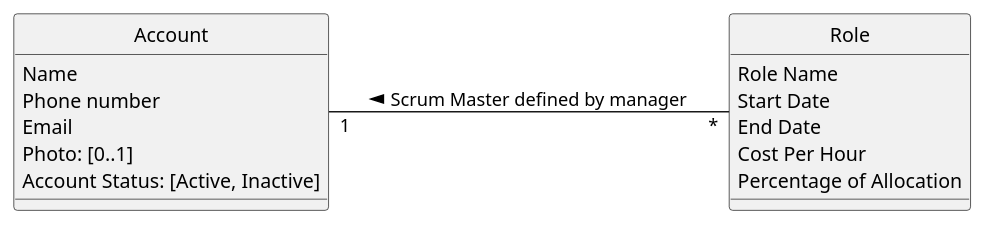
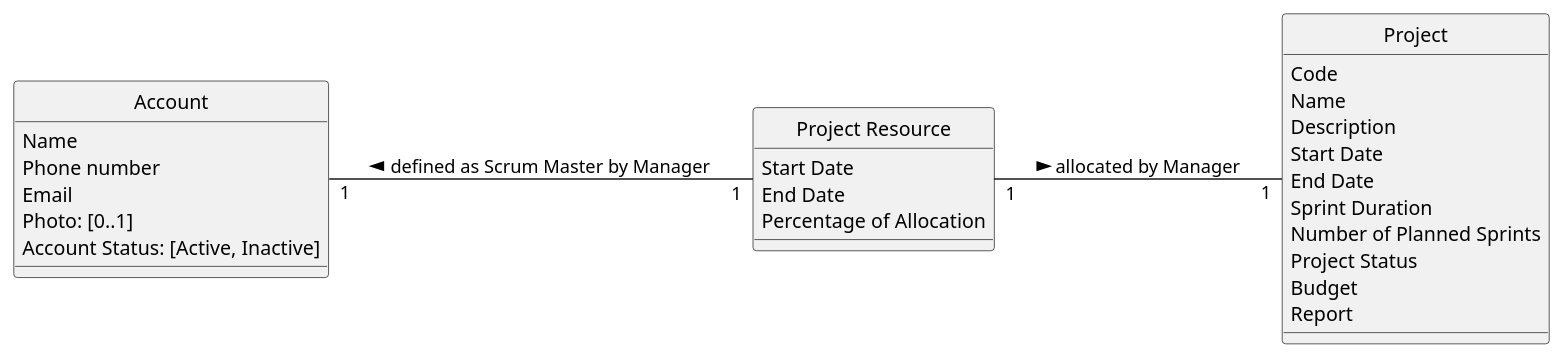
Before and after one commit to ivo-menezes/project_g3: the diagram in docs/modelling_design/user_stories/us013/US013_DefineSMOfAProjectDMD.puml, drawn with PlantUML.

Commit message:
US013 : Analysis : US013_DefineSMOfAProjectDMD (Update)

```diff
--- a/docs/modelling_design/user_stories/us013/US013_DefineSMOfAProjectDMD.puml
+++ b/docs/modelling_design/user_stories/us013/US013_DefineSMOfAProjectDMD.puml
@@ -1,24 +1,39 @@
 @startuml
 skinparam style strictuml
 left to right direction
 skinparam groupInheritance 3
 
 class "Account" {
 Name
 Phone number
 Email
 Photo: [0..1]
 'the [0..1] in Photo indicates an optional value, see Craig 2004, p.121
 Account Status: [Active, Inactive]
 }
 
-class Role {
-Role Name
+class "Project Resource" {
 Start Date
 End Date
-Cost Per Hour
 Percentage of Allocation
 }
 
-"Account" "1" -- "*" Role : Scrum Master defined by manager <
+class "Project" {
+Code
+Name
+Description
+Start Date
+End Date
+Sprint Duration
+Number of Planned Sprints
+Project Status
+Budget
+Report
+}
+
+
+
+"Account" "1" -down- "1" "Project Resource": defined as Scrum Master by Manager   <
+"Project" "1" -up-"1" "Project Resource": allocated by Manager  <
+
 @enduml
```
